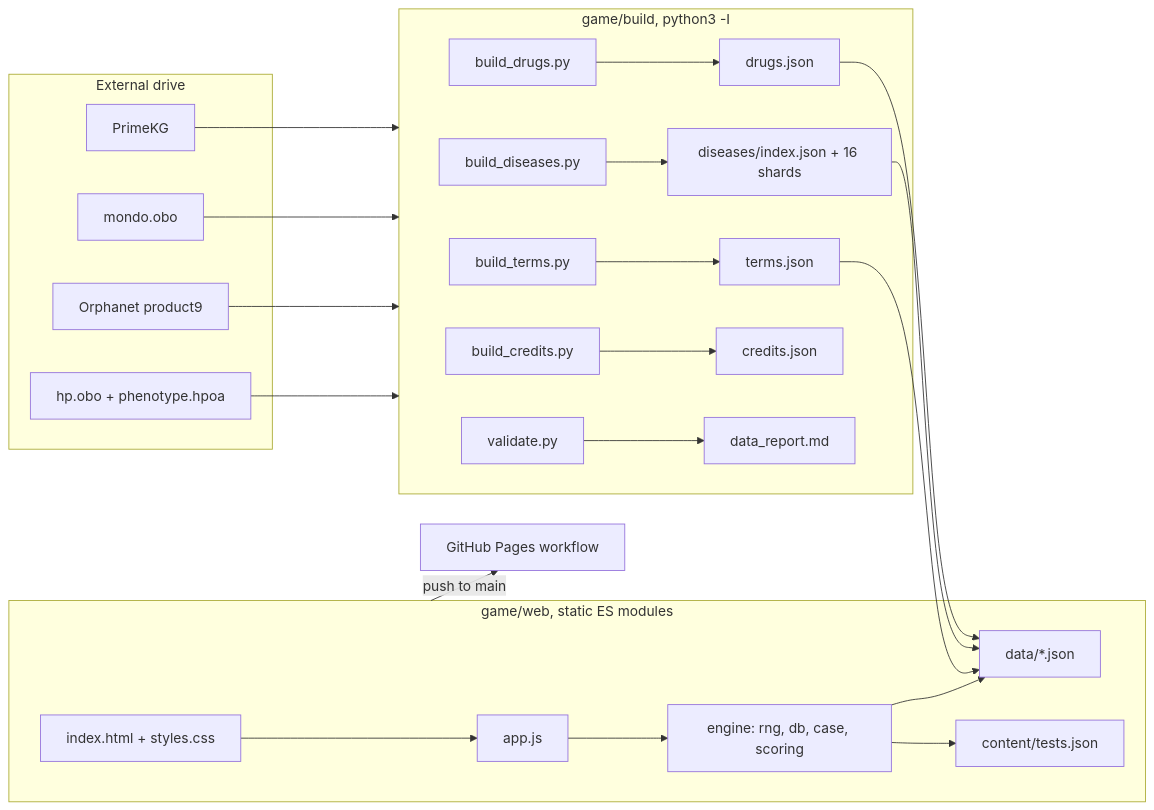
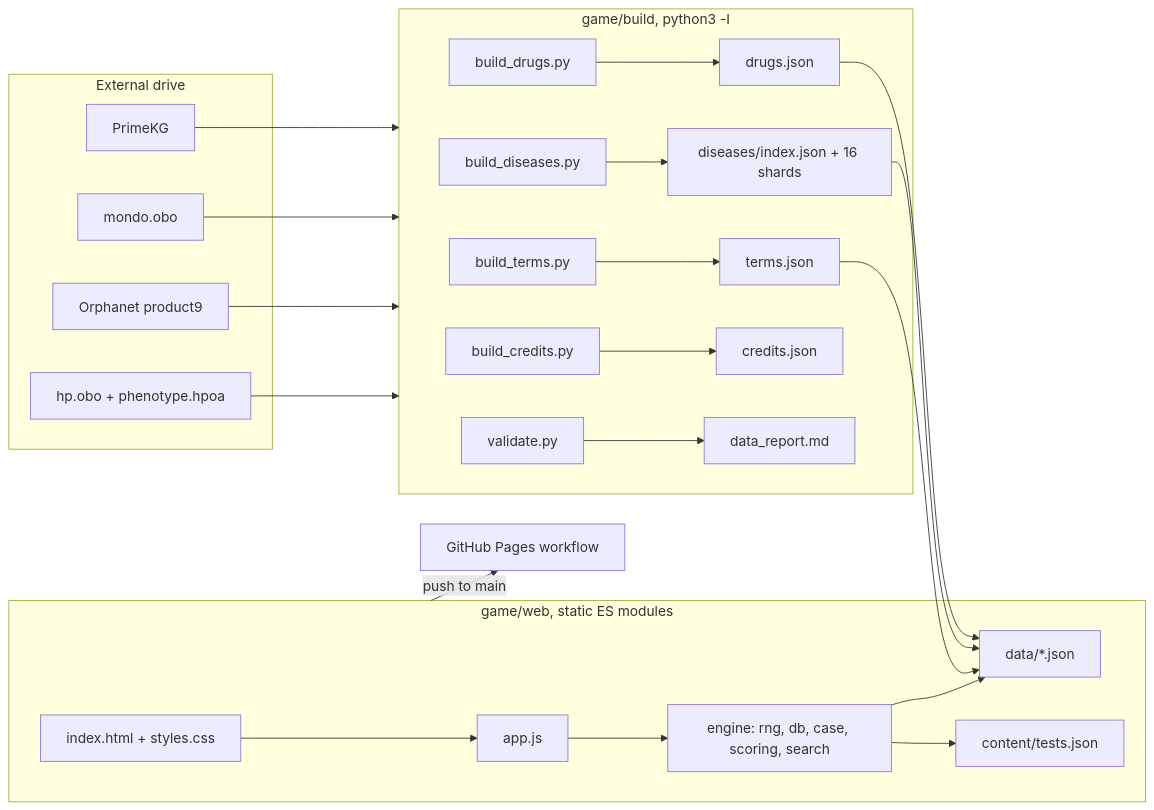
The second of 2 diagrams in ARCHITECTURE.md (pcmoan70/DrDiagno), drawn with Mermaid before and after one commit. The commit also changed other lines of this file and 10 other files, not shown here.

````diff
--- a/ARCHITECTURE.md
+++ b/ARCHITECTURE.md
@@ -58,25 +58,25 @@
 ```mermaid
 flowchart LR
   subgraph drive[External drive]
     HPO[hp.obo + phenotype.hpoa]
     ORPHA[Orphanet product9]
     MONDO[mondo.obo]
     PKG[PrimeKG]
   end
   subgraph build[game/build, python3 -I]
     BT[build_terms.py] --> TJ[terms.json]
     BD[build_diseases.py] --> DJ[diseases/index.json + 16 shards]
     BR[build_drugs.py] --> RJ[drugs.json]
     BC[build_credits.py] --> CJ[credits.json]
     V[validate.py] --> REP[data_report.md]
   end
   subgraph web[game/web, static ES modules]
     IDX[index.html + styles.css] --> APP[app.js]
-    APP --> ENG[engine: rng, db, case, scoring]
+    APP --> ENG[engine: rng, db, case, scoring, search]
     ENG --> DATA[data/*.json]
     ENG --> TESTS[content/tests.json]
   end
   HPO & ORPHA & MONDO & PKG --> build
   TJ & DJ & RJ --> DATA
   web -->|push to main| GH[GitHub Pages workflow]
 ```
````
